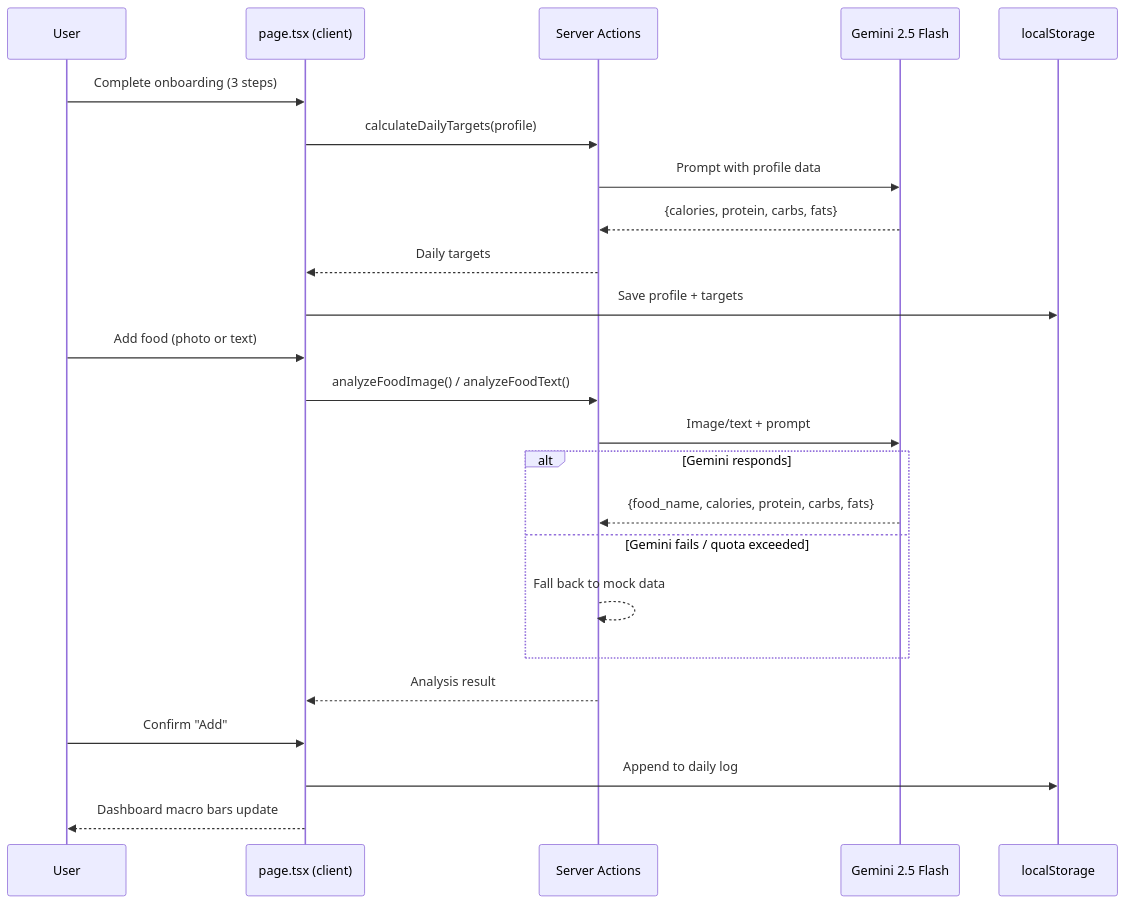
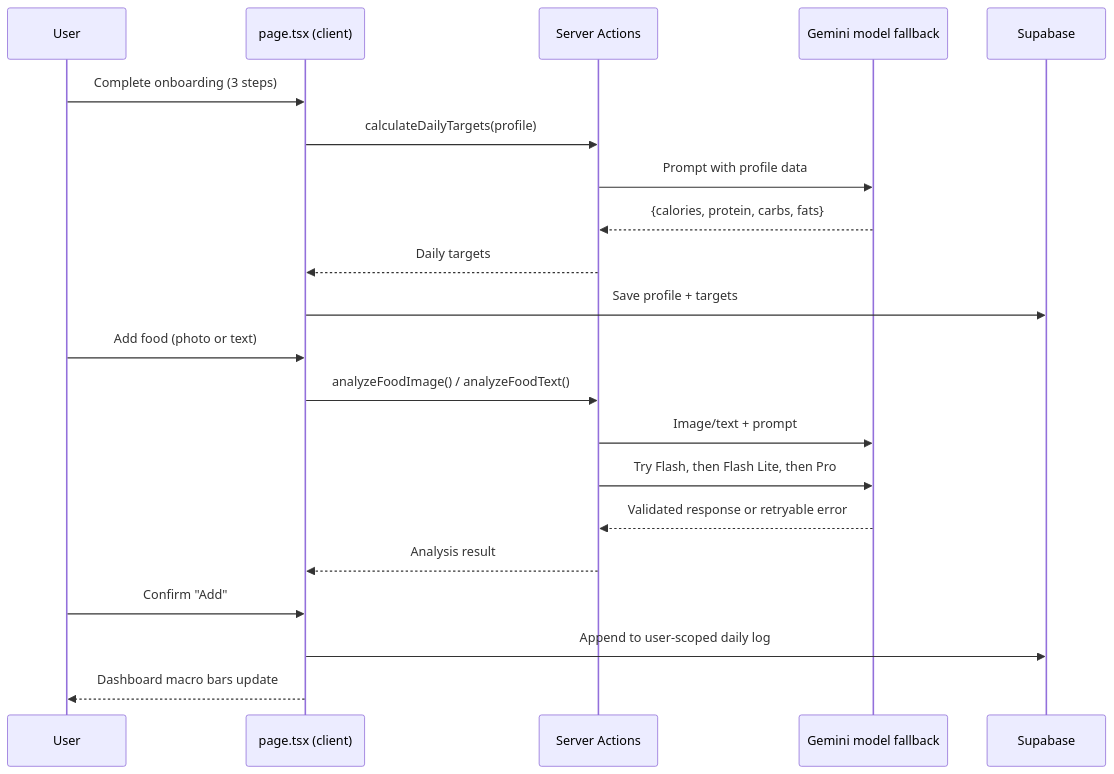
Before and after one commit to Blazikrypt/Nutrino: the first of 2 diagrams in README.md, drawn with Mermaid. The commit also changed other lines of this file and 26 other files, not shown here.

````diff
--- a/README.md
+++ b/README.md
@@ -26,28 +26,25 @@
 ```mermaid
 sequenceDiagram
     participant U as User
     participant P as page.tsx (client)
     participant SA as Server Actions
-    participant G as Gemini 2.5 Flash
-    participant LS as localStorage
+    participant G as Gemini model fallback
+    participant DB as Supabase
 
     U->>P: Complete onboarding (3 steps)
     P->>SA: calculateDailyTargets(profile)
     SA->>G: Prompt with profile data
     G-->>SA: {calories, protein, carbs, fats}
     SA-->>P: Daily targets
-    P->>LS: Save profile + targets
+    P->>DB: Save profile + targets
 
     U->>P: Add food (photo or text)
     P->>SA: analyzeFoodImage() / analyzeFoodText()
     SA->>G: Image/text + prompt
-    alt Gemini responds
-        G-->>SA: {food_name, calories, protein, carbs, fats}
-    else Gemini fails / quota exceeded
-        SA-->>SA: Fall back to mock data
-    end
+    SA->>G: Try Flash, then Flash Lite, then Pro
+    G-->>SA: Validated response or retryable error
     SA-->>P: Analysis result
     U->>P: Confirm "Add"
-    P->>LS: Append to daily log
+    P->>DB: Append to user-scoped daily log
     P-->>U: Dashboard macro bars update
 ```
````
